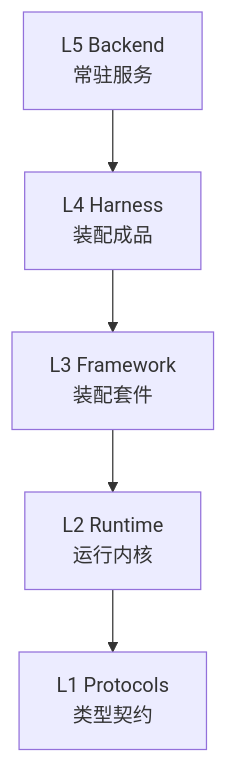
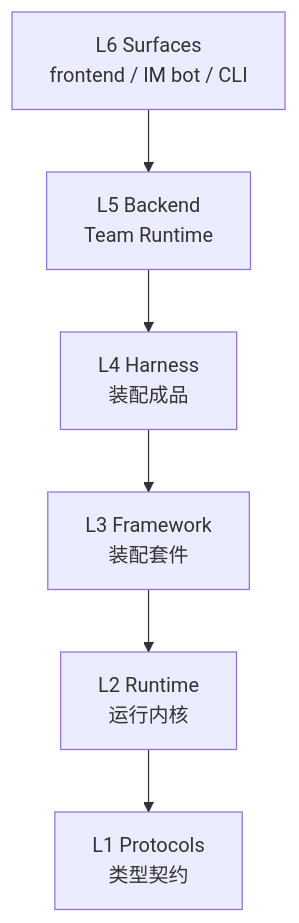
One commit to Chengchcc/my-agent-team changed the diagram in wiki/wiki/concepts/Layer_Architecture.md. Above: the diagram before and after it, drawn with Mermaid. The commit also changed other lines of this file and 14 other files, not shown here.

````diff
--- a/wiki/wiki/concepts/Layer_Architecture.md
+++ b/wiki/wiki/concepts/Layer_Architecture.md
@@ -16,7 +18,8 @@
 ```mermaid
 flowchart TD
-    L5[L5 Backend<br/>常驻服务] --> L4[L4 Harness<br/>装配成品]
+    L6[L6 Surfaces<br/>frontend / IM bot / CLI] --> L5[L5 Backend<br/>Team Runtime]
+    L5 --> L4[L4 Harness<br/>装配成品]
     L4 --> L3[L3 Framework<br/>装配套件]
     L3 --> L2[L2 Runtime<br/>运行内核]
     L2 --> L1[L1 Protocols<br/>类型契约]
 ```
````
